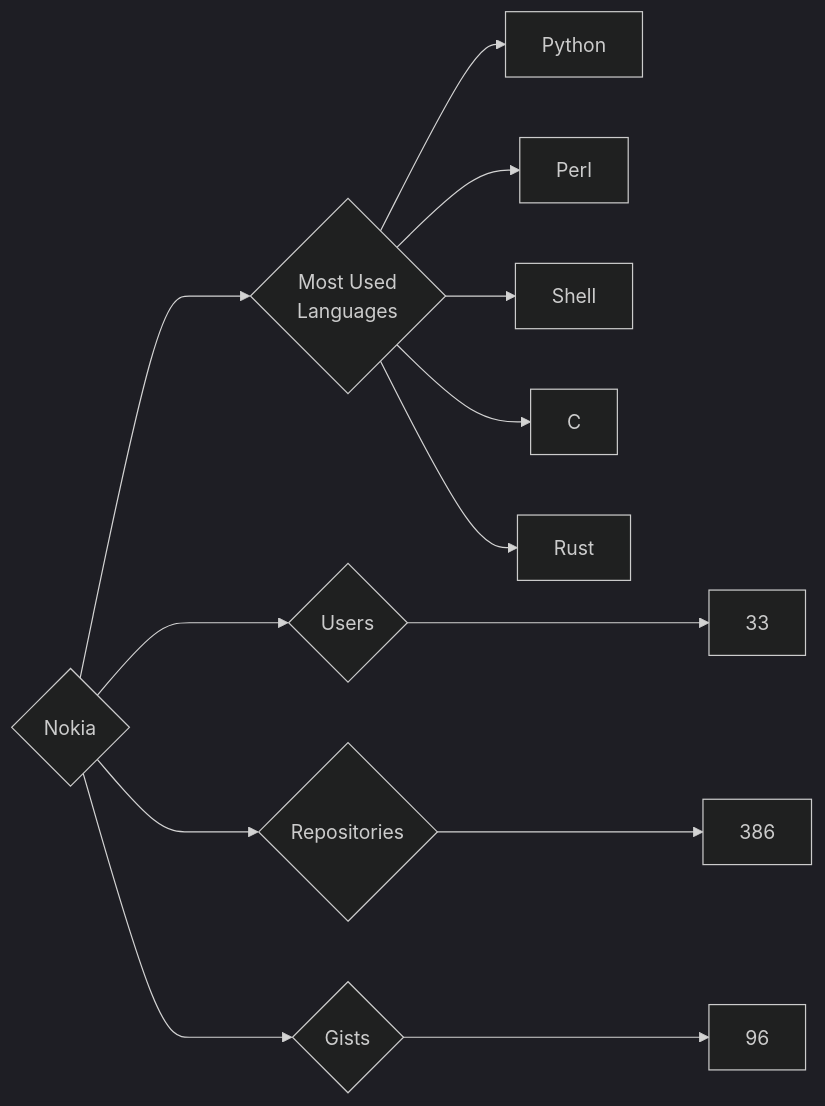
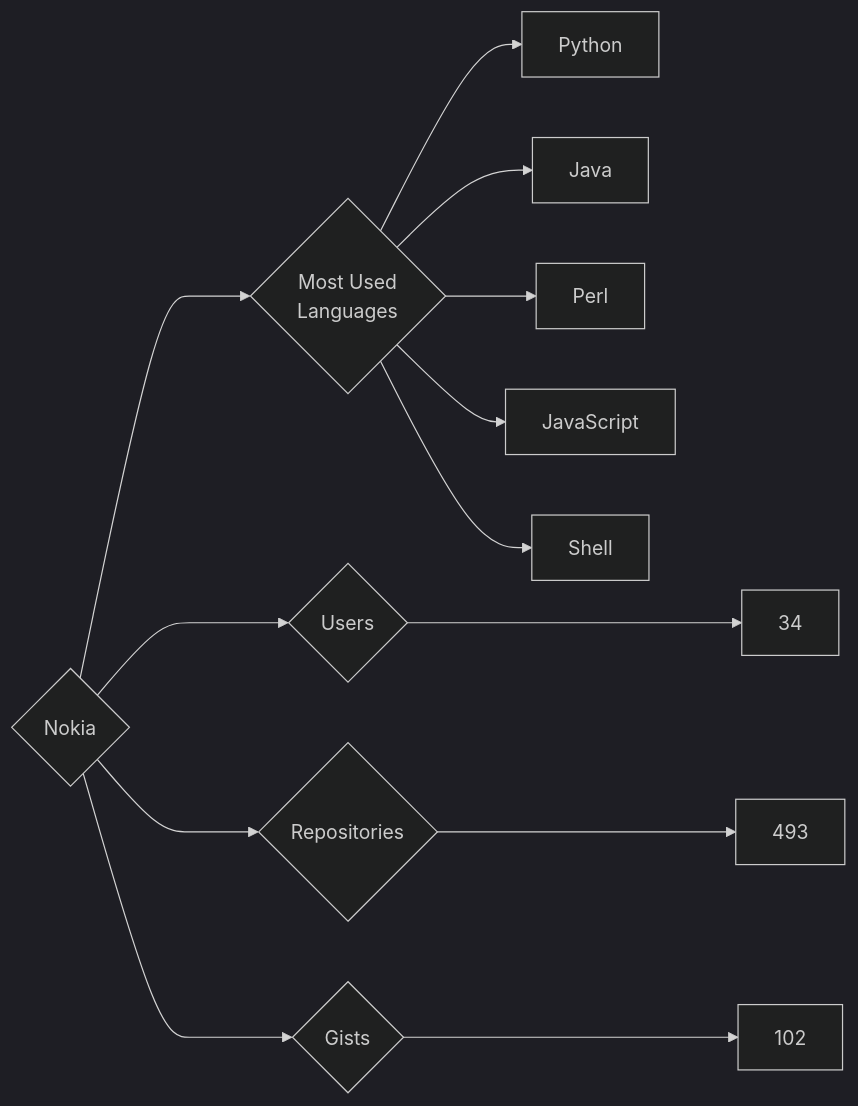
Before and after one commit to trickest/insiders: the diagram in targets/Nokia/README.md, drawn with Mermaid (dark theme). The commit also changed 833 other files, not shown here.

````diff
--- a/targets/Nokia/README.md
+++ b/targets/Nokia/README.md
@@ -3,13 +3,13 @@
 ```mermaid
 graph LR
 COMPANY_NAME{Nokia}
-COMPANY_NAME ---> U{Users} ---> UN[33]
-COMPANY_NAME ---> R{Repositories} ---> RN[386]
-COMPANY_NAME ---> G{Gists} ---> GN[96]
+COMPANY_NAME ---> U{Users} ---> UN[34]
+COMPANY_NAME ---> R{Repositories} ---> RN[493]
+COMPANY_NAME ---> G{Gists} ---> GN[102]
 COMPANY_NAME ---> ML{Most Used<br>Languages}
 ML --> Python[Python]
+ML --> Java[Java]
 ML --> Perl[Perl]
+ML --> JavaScript[JavaScript]
 ML --> Shell[Shell]
-ML --> C[C]
-ML --> Rust[Rust]
 ```
````
